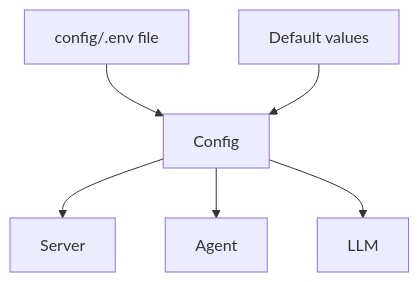
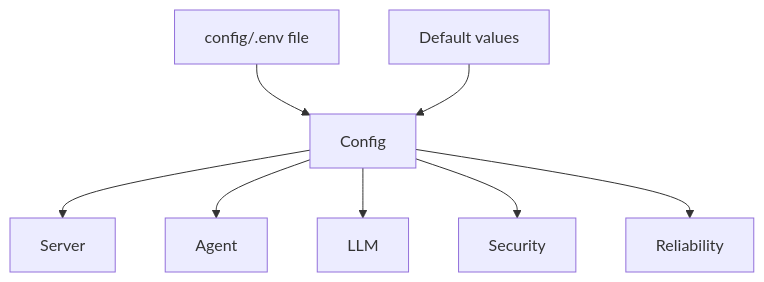
One commit to bdoubleu15-eng/slowhands changed the sixth of 6 diagrams in docs/ARCHITECTURE.md. Above: the diagram before and after it, drawn with Mermaid. The commit also changed other lines of this file and 49 other files, not shown here.

````diff
--- a/docs/ARCHITECTURE.md
+++ b/docs/ARCHITECTURE.md
@@ -190,9 +256,11 @@
 ```mermaid
 graph TD
     ENV[config/.env file] --> Config
     Defaults[Default values] --> Config
     
     Config --> Server
     Config --> Agent
     Config --> LLM
+    Config --> Security
+    Config --> Reliability
 ```
````
